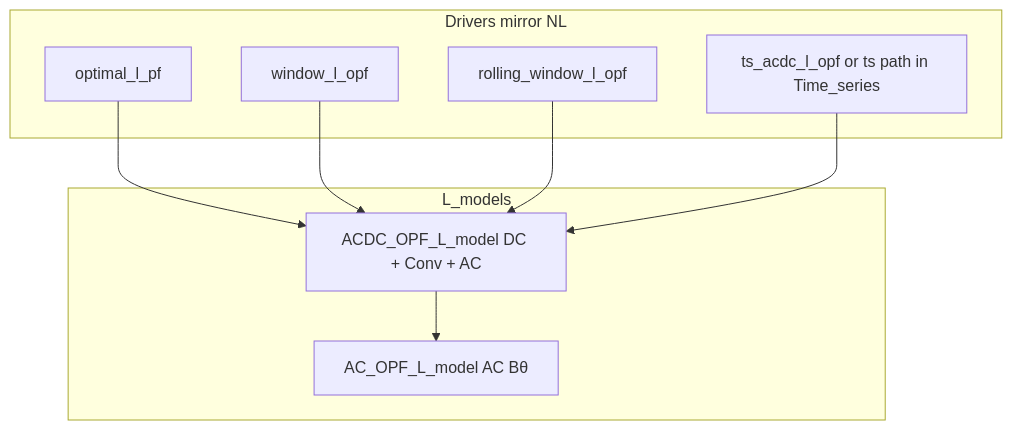
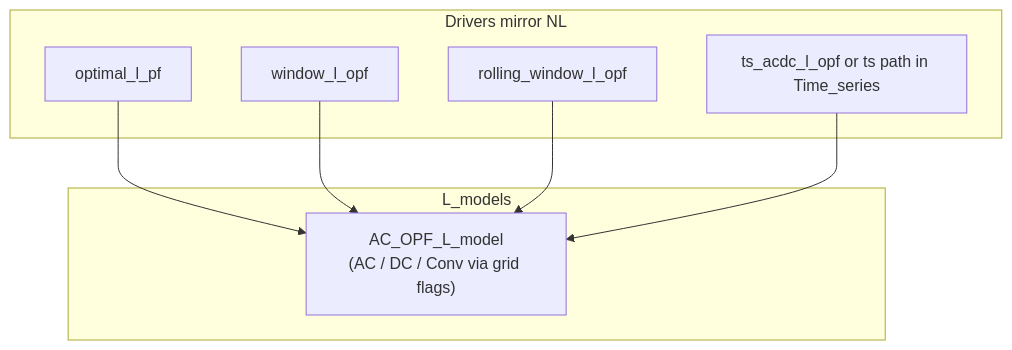
Before and after one commit to BernardoCV/pyflow_acdc: the first of 2 diagrams in plans/linear_acdc_hybrid_plan.md, drawn with Mermaid. The commit also changed other lines of this file and 15 other files, not shown here.

````diff
--- a/plans/linear_acdc_hybrid_plan.md
+++ b/plans/linear_acdc_hybrid_plan.md
@@ -21,18 +21,16 @@
 ```mermaid
 flowchart TB
   subgraph drivers [Drivers mirror NL]
     optL[optimal_l_pf]
     winL[window_l_opf]
     rollL[rolling_window_l_opf]
     tsL[ts_acdc_l_opf or ts path in Time_series]
   end
   subgraph builders [L_models]
-    acOnly[AC_OPF_L_model AC Bθ]
-    hybrid[ACDC_OPF_L_model DC + Conv + AC]
+    lModel["AC_OPF_L_model\n(AC / DC / Conv via grid flags)"]
   end
-  optL --> hybrid
-  winL --> hybrid
-  rollL --> hybrid
-  tsL --> hybrid
-  hybrid --> acOnly
+  optL --> lModel
+  winL --> lModel
+  rollL --> lModel
+  tsL --> lModel
 ```
````
